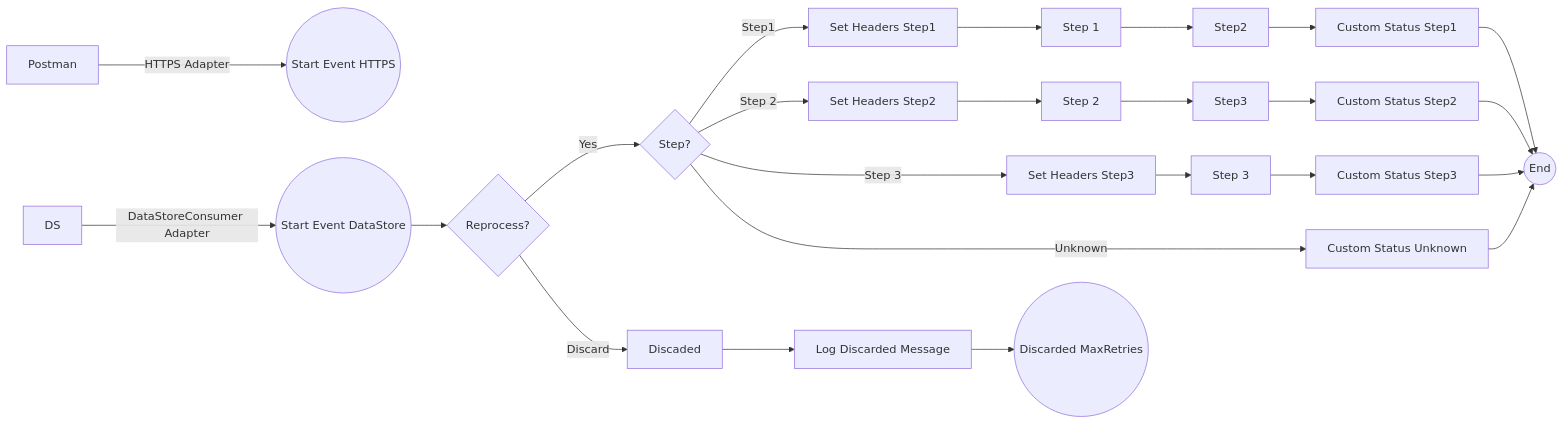
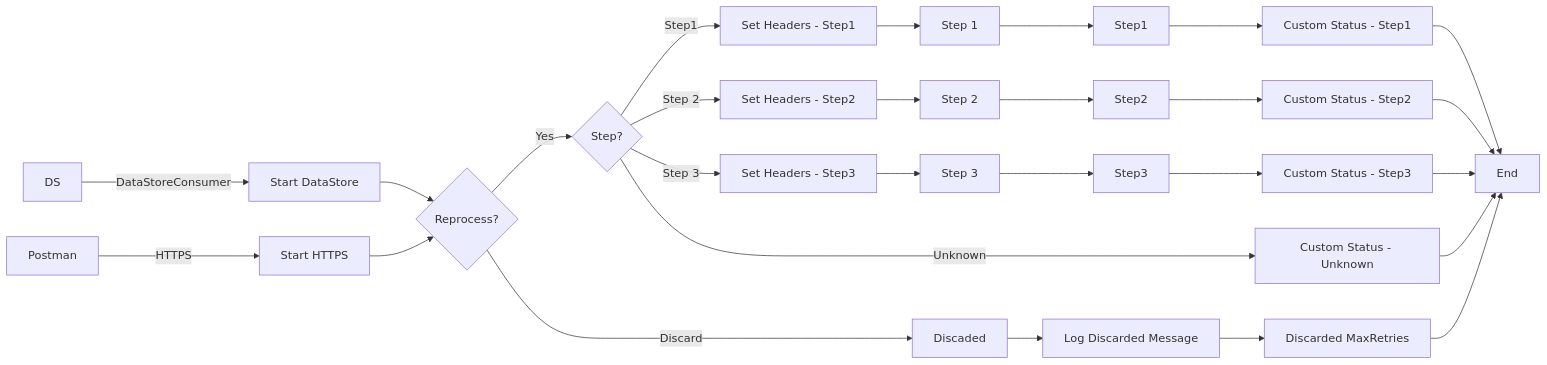
Before and after one commit to Avvale-IA-CICD/AvvaleCPI: the diagram in MMZ - Cell Iflows/SEDA_Model_-_Single_DS_-_Restart_and_Discard_MMZ-1.0.0/readme.md, drawn with Mermaid. The commit also changed other lines of this file, not shown here.

Commit message:
Add/update documentation for SEDA_Model_-_Single_DS_-_Restart_and_Discard_MMZ v1.0.0

````diff
--- a/MMZ - Cell Iflows/SEDA_Model_-_Single_DS_-_Restart_and_Discard_MMZ-1.0.0/readme.md
+++ b/MMZ - Cell Iflows/SEDA_Model_-_Single_DS_-_Restart_and_Discard_MMZ-1.0.0/readme.md
@@ -5,49 +5,53 @@
 ```mermaid
 graph LR
     Postman[Postman]
     DS[DS]
-    StartEvent_12079784((Start Event HTTPS))
-    StartEvent_2((Start Event DataStore))
-    ExclusiveGateway_9098{Reprocess?}
-    ExclusiveGateway_12{Step?}
-    CallActivity_12079790[Set Headers Step1]
-    CallActivity_12079792[Set Headers Step2]
-    CallActivity_12079794[Set Headers Step3]
-    CallActivity_15[Step 1]
-    CallActivity_18[Step 2]
-    CallActivity_21[Step 3]
-    CallActivity_12079780[Step2]
-    CallActivity_12079781[Step3]
-    CallActivity_9071[Custom Status Step1]
-    CallActivity_9077[Custom Status Step2]
-    CallActivity_9074[Custom Status Step3]
-    CallActivity_20[Custom Status Unknown]
-    CallActivity_9101[Discaded]
-    CallActivity_12079775[Log Discarded Message]
-    EndEvent_9104((Discarded MaxRetries))
-    EndEvent_2((End))
+    StartHTTPS[Start HTTPS]
+    StartDataStore[Start DataStore]
+    CheckRetries{Reprocess?}
+    Route{Step?}
+    Step1SetHeaders[Set Headers - Step1]
+    Step2SetHeaders[Set Headers - Step2]
+    Step3SetHeaders[Set Headers - Step3]
+    Step1Process[Step 1]
+    Step2Process[Step 2]
+    Step3Process[Step 3]
+    Step1DataStore[Step1]
+    Step2DataStore[Step2]
+    Step3DataStore[Step3]
+    Step1CustomStatus[Custom Status - Step1]
+    Step2CustomStatus[Custom Status - Step2]
+    Step3CustomStatus[Custom Status - Step3]
+    UnknownStep[Custom Status - Unknown]
+    DiscardMessage[Discaded]
+    LogDiscarded[Log Discarded Message]
+    EndDiscarded[Discarded MaxRetries]
+    End[End]
 
-    Postman -- HTTPS Adapter --> StartEvent_12079784
-    DS -- DataStoreConsumer Adapter --> StartEvent_2
-    StartEvent_2 --> ExclusiveGateway_9098
-    ExclusiveGateway_9098 -- Yes --> ExclusiveGateway_12
-    ExclusiveGateway_9098 -- Discard --> CallActivity_9101
-    CallActivity_9101 --> CallActivity_12079775
-    CallActivity_12079775 --> EndEvent_9104
-    ExclusiveGateway_12 -- Step1 --> CallActivity_12079790
-    ExclusiveGateway_12 -- Step 2 --> CallActivity_12079792
-    ExclusiveGateway_12 -- Step 3 --> CallActivity_12079794
-    ExclusiveGateway_12 -- Unknown --> CallActivity_20
-    CallActivity_20 --> EndEvent_2
-    CallActivity_12079790 --> CallActivity_15
-    CallActivity_12079792 --> CallActivity_18
-    CallActivity_12079794 --> CallActivity_21
-    CallActivity_15 --> CallActivity_12079780
-    CallActivity_18 --> CallActivity_12079781
-    CallActivity_21 --> CallActivity_9074
-    CallActivity_12079780 --> CallActivity_9071
-    CallActivity_12079781 --> CallActivity_9077
-    CallActivity_9071 --> EndEvent_2
-    CallActivity_9077 --> EndEvent_2
-    CallActivity_9074 --> EndEvent_2
+    Postman -- HTTPS --> StartHTTPS
+    DS -- DataStoreConsumer --> StartDataStore
+    StartDataStore --> CheckRetries
+    StartHTTPS --> CheckRetries
+    CheckRetries -- Yes --> Route
+    CheckRetries -- Discard --> DiscardMessage
+    DiscardMessage --> LogDiscarded
+    LogDiscarded --> EndDiscarded
+    Route -- Step1 --> Step1SetHeaders
+    Route -- Step 2 --> Step2SetHeaders
+    Route -- Step 3 --> Step3SetHeaders
+    Route -- Unknown --> UnknownStep
+    Step1SetHeaders --> Step1Process
+    Step2SetHeaders --> Step2Process
+    Step3SetHeaders --> Step3Process
+    Step1Process --> Step1DataStore
+    Step2Process --> Step2DataStore
+    Step3Process --> Step3DataStore
+    Step1DataStore --> Step1CustomStatus
+    Step2DataStore --> Step2CustomStatus
+    Step3DataStore --> Step3CustomStatus
+    Step1CustomStatus --> End
+    Step2CustomStatus --> End
+    Step3CustomStatus --> End
+    UnknownStep --> End
+    EndDiscarded --> End
 ```
````
